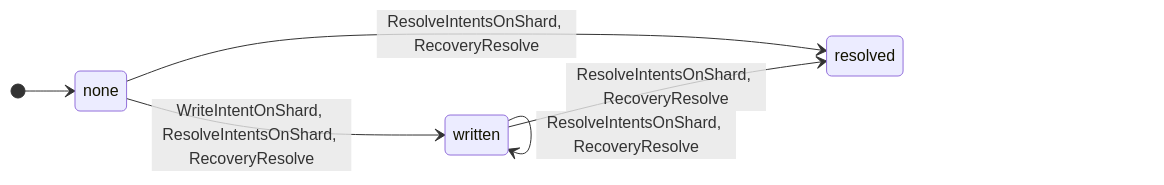
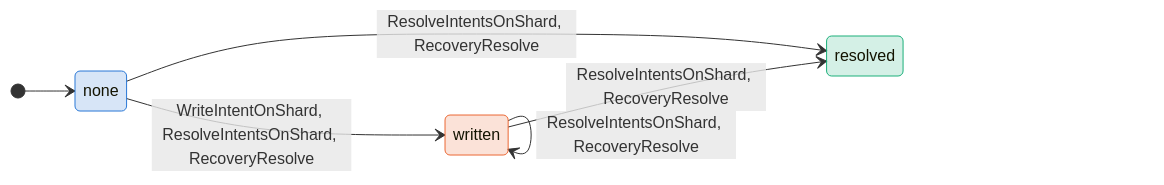
The third of 4 diagrams in zig/specs/tla/diagrams/storage/db/AntflyTransaction.md (antflydb/antfly), drawn with Mermaid before and after one commit. The commit also changed other lines of this file and 27 other files, not shown here.

````diff
--- a/zig/specs/tla/diagrams/storage/db/AntflyTransaction.md
+++ b/zig/specs/tla/diagrams/storage/db/AntflyTransaction.md
@@ -50,9 +74,15 @@
 ```mermaid
 stateDiagram-v2
     direction LR
     [*] --> none
     none --> written : WriteIntentOnShard, ResolveIntentsOnShard, RecoveryResolve
     none --> resolved : ResolveIntentsOnShard, RecoveryResolve
     written --> resolved : ResolveIntentsOnShard, RecoveryResolve
     written --> written : ResolveIntentsOnShard, RecoveryResolve
+    classDef c_none fill:#2a78d630,stroke:#2a78d6
+    class none c_none
+    classDef c_written fill:#eb683430,stroke:#eb6834
+    class written c_written
+    classDef c_resolved fill:#1baf7a30,stroke:#1baf7a
+    class resolved c_resolved
 ```
````
